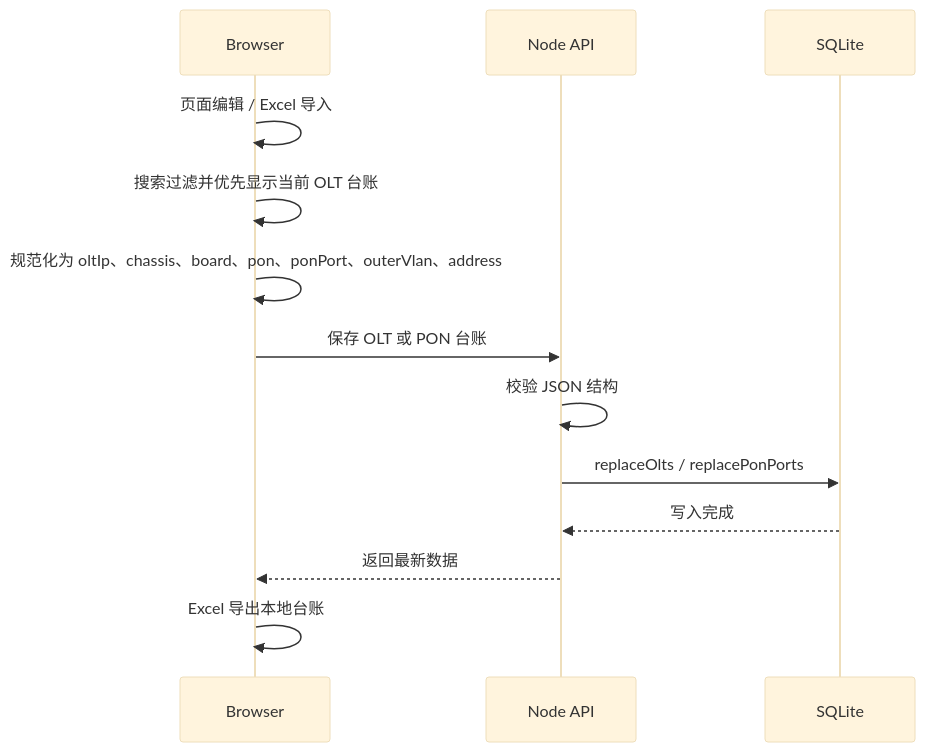
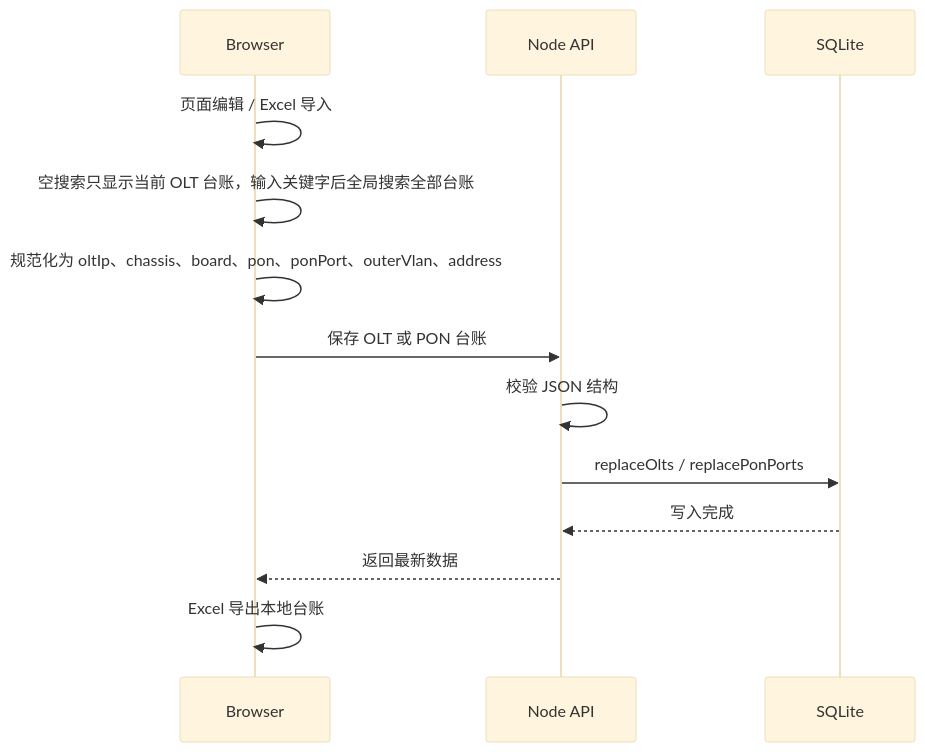
The sixth of 7 diagrams in docs/design/sequence.md (landvd/OLT-Manager), drawn with Mermaid (base theme) before and after one commit. The commit also changed other lines of this file and 9 other files, not shown here.

````diff
--- a/docs/design/sequence.md
+++ b/docs/design/sequence.md
@@ -139,16 +139,16 @@
 ```mermaid
 sequenceDiagram
   participant Browser as Browser
   participant API as Node API
   participant DB as SQLite
 
   Browser->>Browser: 页面编辑 / Excel 导入
-  Browser->>Browser: 搜索过滤并优先显示当前 OLT 台账
+  Browser->>Browser: 空搜索只显示当前 OLT 台账，输入关键字后全局搜索全部台账
   Browser->>Browser: 规范化为 oltIp、chassis、board、pon、ponPort、outerVlan、address
   Browser->>API: 保存 OLT 或 PON 台账
   API->>API: 校验 JSON 结构
   API->>DB: replaceOlts / replacePonPorts
   DB-->>API: 写入完成
   API-->>Browser: 返回最新数据
   Browser->>Browser: Excel 导出本地台账
 ```
````
